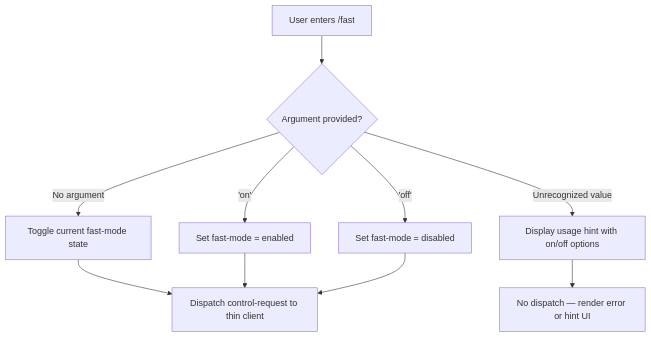
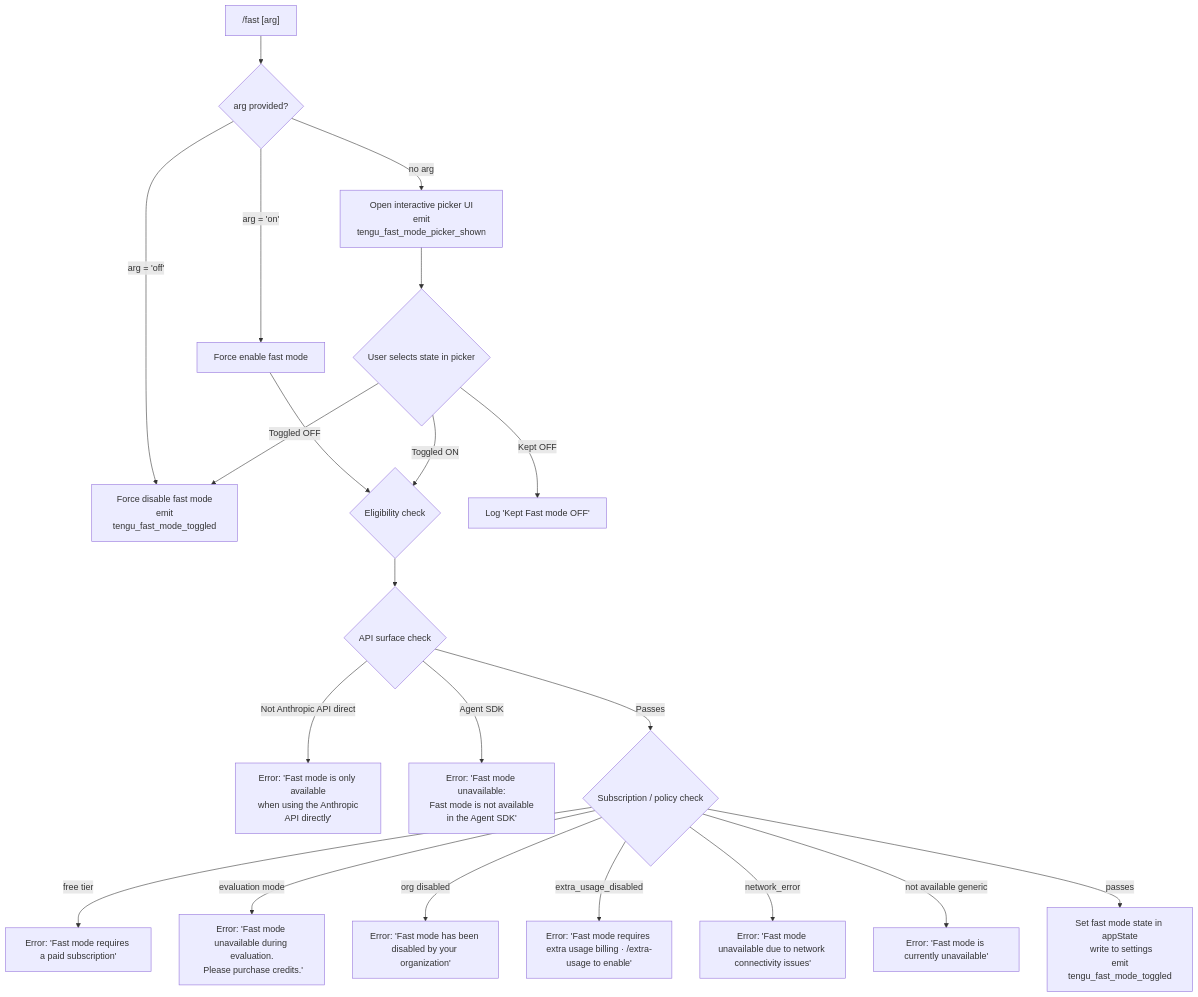
The diagram in versions/v2.1.139/fast.md (MyLittleLuckyDog/cc-gnothi), drawn with Mermaid before and after one commit. The commit also changed other lines of this file and 97 other files, not shown here.

````diff
--- a/versions/v2.1.139/fast.md
+++ b/versions/v2.1.139/fast.md
@@ -46,12 +58,23 @@
 ```mermaid
 flowchart TD
-    A[User enters /fast] --> B{Argument provided?}
-    B -- No argument --> C[Toggle current fast-mode state]
-    B -- 'on' --> D[Set fast-mode = enabled]
-    B -- 'off' --> E[Set fast-mode = disabled]
-    B -- Unrecognized value --> F[Display usage hint with on/off options]
-    C --> G[Dispatch control-request to thin client]
-    D --> G
-    E --> G
-    F --> H[No dispatch — render error or hint UI]
+    A["/fast [arg]"] --> B{arg provided?}
+    B -- "arg = 'on'" --> C[Force enable fast mode]
+    B -- "arg = 'off'" --> D[Force disable fast mode\n emit tengu_fast_mode_toggled]
+    B -- "no arg" --> E[Open interactive picker UI\n emit tengu_fast_mode_picker_shown]
+    C --> F{Eligibility check}
+    E --> G{User selects state in picker}
+    G -- "Kept OFF" --> H[Log 'Kept Fast mode OFF']
+    G -- "Toggled ON" --> F
+    G -- "Toggled OFF" --> D
+    F --> I{API surface check}
+    I -- "Not Anthropic API direct" --> J[Error: 'Fast mode is only available\n when using the Anthropic API directly']
+    I -- "Agent SDK" --> K[Error: 'Fast mode unavailable:\n Fast mode is not available in the Agent SDK']
+    I -- "Passes" --> L{Subscription / policy check}
+    L -- "free tier" --> M[Error: 'Fast mode requires a paid subscription']
+    L -- "evaluation mode" --> N[Error: 'Fast mode unavailable during evaluation.\n Please purchase credits.']
+    L -- "org disabled" --> O[Error: 'Fast mode has been disabled by your organization']
+    L -- "extra_usage_disabled" --> P[Error: 'Fast mode requires extra usage billing · /extra-usage to enable']
+    L -- "network_error" --> Q[Error: 'Fast mode unavailable due to network connectivity issues']
+    L -- "not available generic" --> R[Error: 'Fast mode is currently unavailable']
+    L -- "passes" --> S[Set fast mode state in appState\n write to settings\n emit tengu_fast_mode_toggled]
 ```
````
